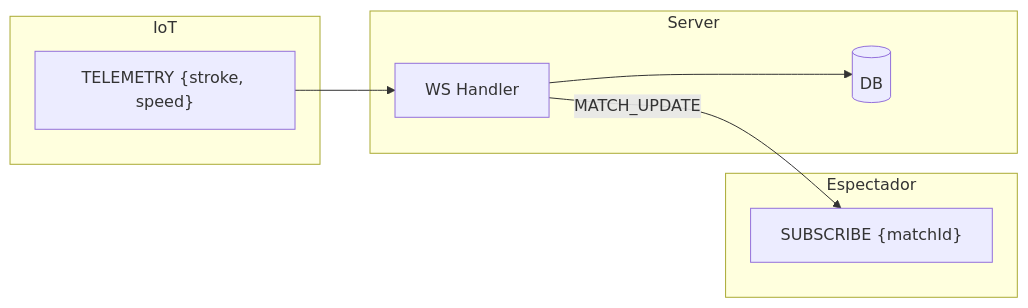
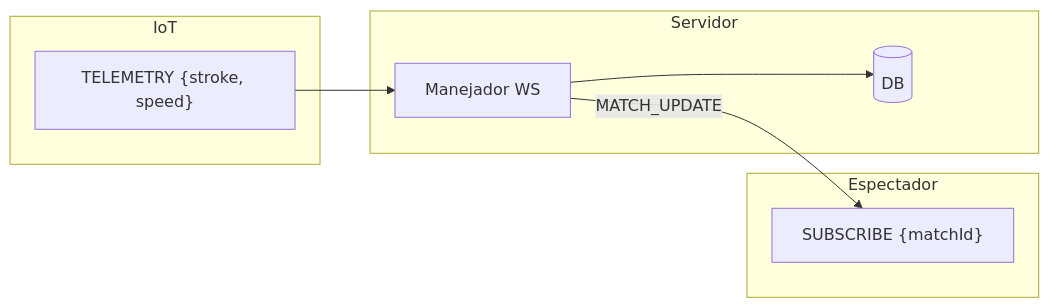
One commit to samuhlo-training/padelcourts_front changed the second of 2 diagrams in docs/backend/CURRENT_STATE_DOCS.md. Above: the diagram before and after it, drawn with Mermaid. The commit also changed other lines of this file and 43 other files, not shown here.

````diff
--- a/docs/backend/CURRENT_STATE_DOCS.md
+++ b/docs/backend/CURRENT_STATE_DOCS.md
@@ -90,19 +90,19 @@
 ```mermaid
 flowchart LR
     subgraph Espectador
         SUB["SUBSCRIBE {matchId}"]
     end
 
-    subgraph Server
-        WS[WS Handler]
+    subgraph Server["Servidor"]
+        WS["Manejador WS"]
         DB[(DB)]
     end
 
     subgraph IoT
         TELEM["TELEMETRY {stroke, speed}"]
     end
 
     TELEM --> WS
     WS --> DB
     WS --"MATCH_UPDATE"--> SUB
 ```
````
